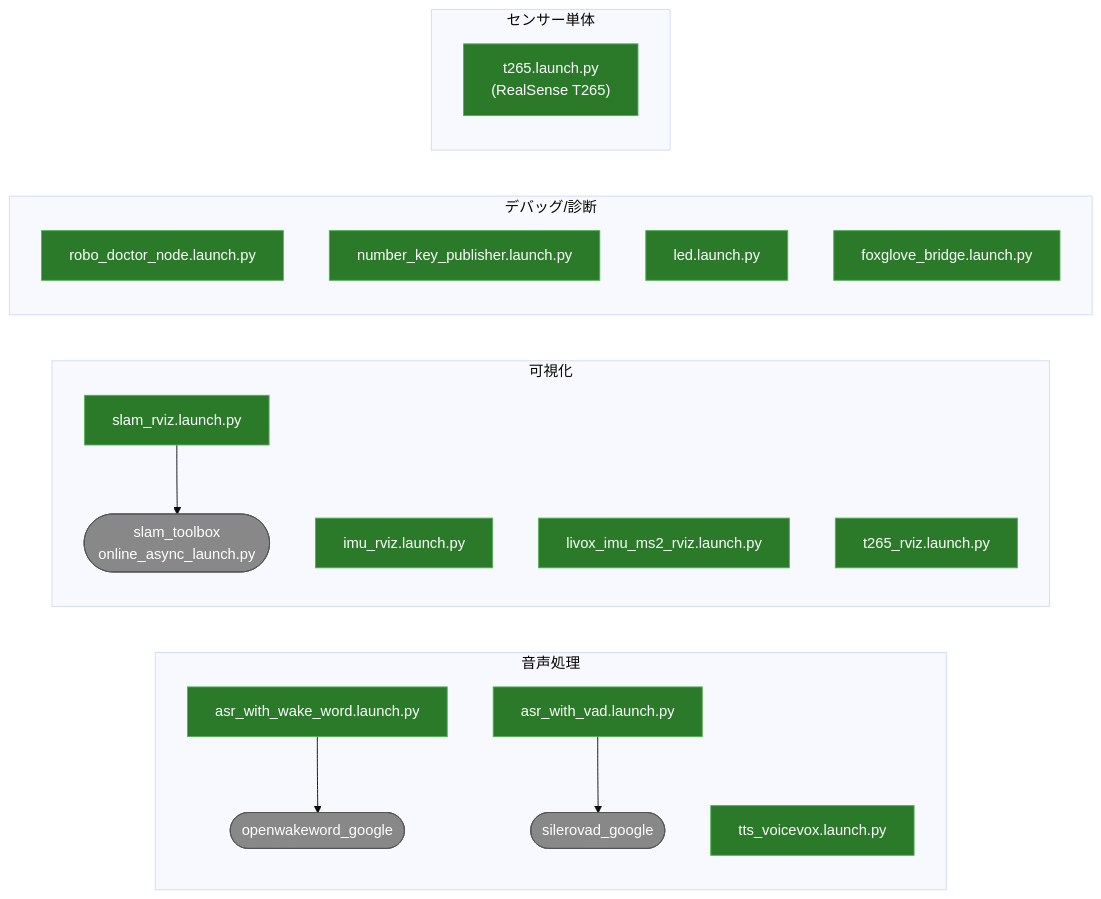
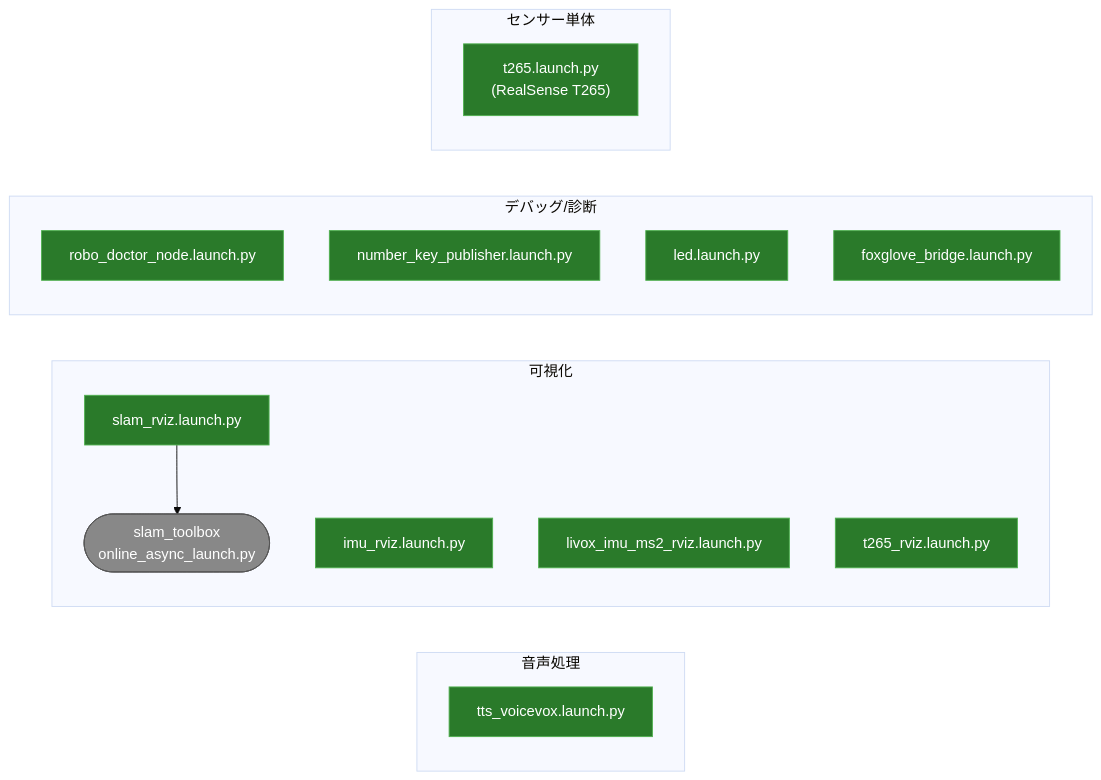
Before and after one commit to sato-susumu/susumu_robo: the second of 7 diagrams in launch/README_launch.md, drawn with Mermaid (base theme). The commit also changed other lines of this file and 3 other files, not shown here.

First line of the commit message:
Remove asr_with_vad and asr_with_wake_word launch files

````diff
--- a/launch/README_launch.md
+++ b/launch/README_launch.md
@@ -150,32 +148,30 @@
 ```mermaid
 graph LR
     subgraph "音声処理"
-        asr_wake["asr_with_wake_word.launch.py"] --> openwakeword(["openwakeword_google"])
-        asr_vad["asr_with_vad.launch.py"] --> silerovad(["silerovad_google"])
         tts["tts_voicevox.launch.py"]
     end
 
     subgraph "可視化"
         slam_rviz["slam_rviz.launch.py"] --> slam_ext(["slam_toolbox\nonline_async_launch.py"])
         imu_rviz["imu_rviz.launch.py"]
         livox_rviz["livox_imu_ms2_rviz.launch.py"]
         t265_rviz["t265_rviz.launch.py"]
     end
 
     subgraph "デバッグ/診断"
         robo_doctor["robo_doctor_node.launch.py"]
         num_key["number_key_publisher.launch.py"]
         led["led.launch.py"]
         foxglove["foxglove_bridge.launch.py"]
     end
 
     subgraph "センサー単体"
         t265["t265.launch.py\n(RealSense T265)"]
     end
 
     classDef internal fill:#2a7a2a,stroke:#50b050,color:#fff
     classDef external fill:#888,stroke:#555,color:#fff
 
     class asr_wake,asr_vad,tts,slam_rviz,imu_rviz,livox_rviz,t265_rviz,robo_doctor,num_key,led,foxglove,t265 internal
     class openwakeword,silerovad,slam_ext external
 ```
````
